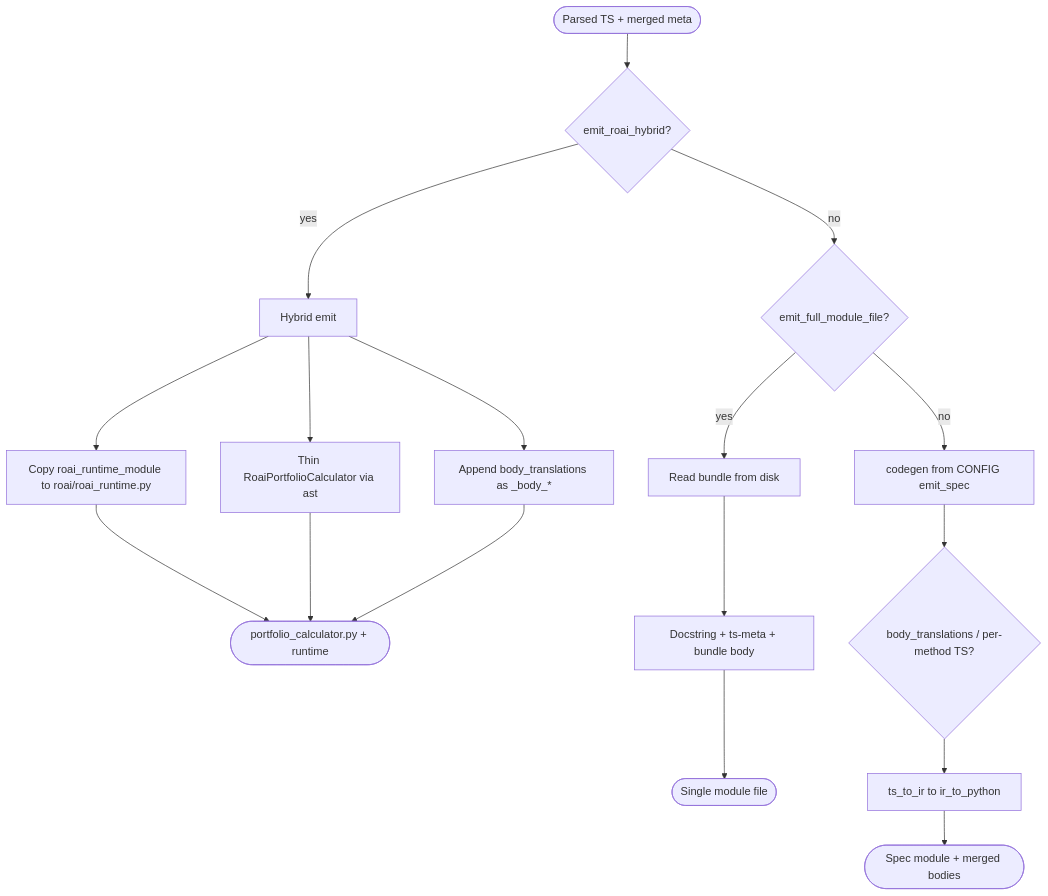
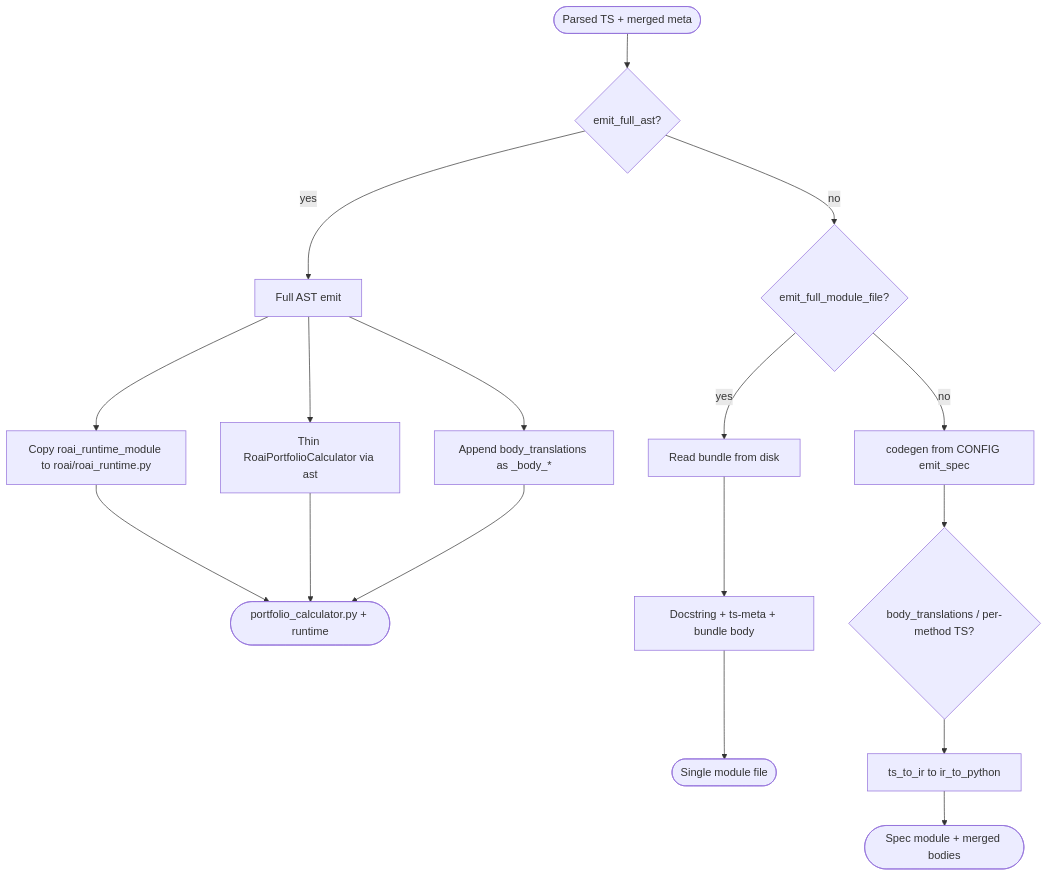
One commit to SanderRuud/hackathon-tt-py-clankers-gone-rogue changed the second of 4 diagrams in SOLUTION.md. Above: the diagram before and after it, drawn with Mermaid. The commit also changed other lines of this file and 13 other files, not shown here.

First line of the commit message:
refactor: transition to full AST emit and update project configuration

````diff
--- a/SOLUTION.md
+++ b/SOLUTION.md
@@ -44,21 +44,21 @@
 ```mermaid
 flowchart TD
-  Start([Parsed TS + merged meta]) --> H{"emit_roai_hybrid?"}
-  H -->|yes| Hy[Hybrid emit]
+  Start([Parsed TS + merged meta]) --> H{"emit_full_ast?"}
+  H -->|yes| Hy[Full AST emit]
   Hy --> Hy1["Copy roai_runtime_module to roai/roai_runtime.py"]
   Hy --> Hy2["Thin RoaiPortfolioCalculator via ast"]
   Hy --> Hy3["Append body_translations as _body_*"]
   Hy1 --> Done([portfolio_calculator.py + runtime])
   Hy2 --> Done
   Hy3 --> Done
 
   H -->|no| F{"emit_full_module_file?"}
   F -->|yes| Bun[Read bundle from disk]
   Bun --> Bun2["Docstring + ts-meta + bundle body"]
   Bun2 --> Done2([Single module file])
 
   F -->|no| CG[codegen from CONFIG emit_spec]
   CG --> BT{body_translations / per-method TS?}
   BT --> IR[ts_to_ir to ir_to_python]
   IR --> Done3([Spec module + merged bodies])
 ```
````
